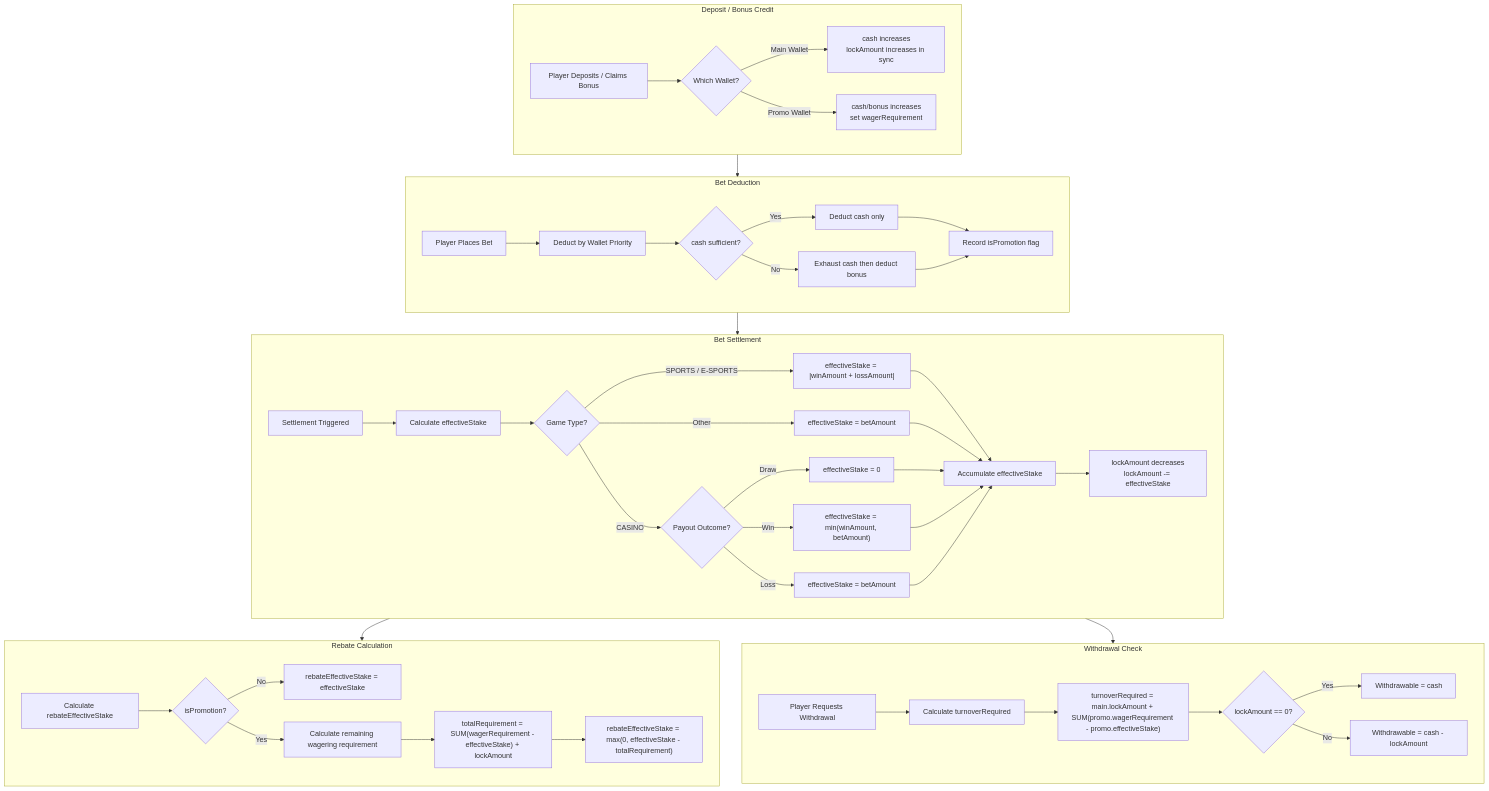
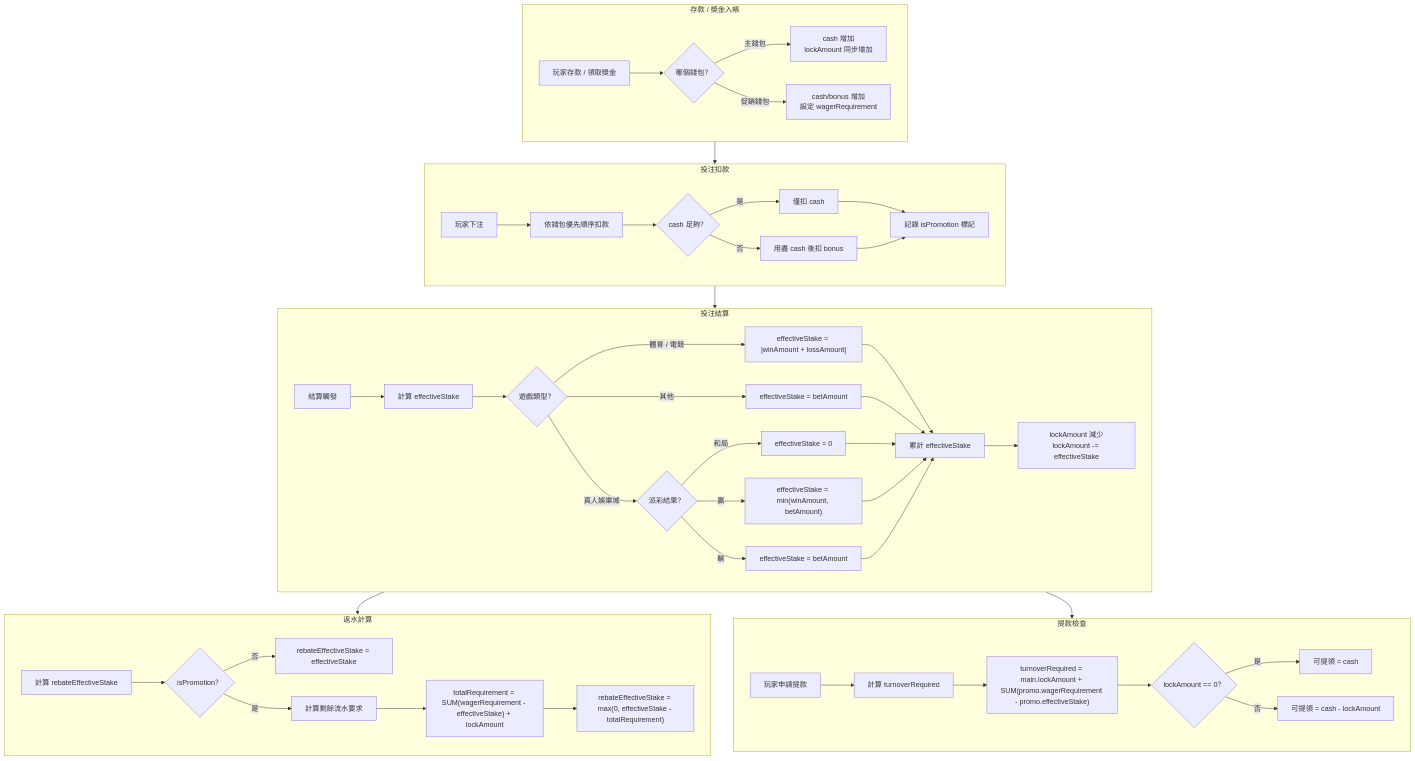
One commit to ron03wlb/smart-admin changed the first of 6 diagrams in docs/iGaming/architecture/02_Finance_Service/Turnover_Calculation_Logic_Detail.md. Above: the diagram before and after it, drawn with Mermaid. The commit also changed other lines of this file and 4 other files, not shown here.

````diff
--- a/docs/iGaming/architecture/02_Finance_Service/Turnover_Calculation_Logic_Detail.md
+++ b/docs/iGaming/architecture/02_Finance_Service/Turnover_Calculation_Logic_Detail.md
@@ -26,53 +26,53 @@
 ```mermaid
 flowchart TD
-    subgraph DEPOSIT["Deposit / Bonus Credit"]
-        A1[Player Deposits / Claims Bonus] --> A2{Which Wallet?}
-        A2 -->|Main Wallet| A3["cash increases<br/>lockAmount increases in sync"]
-        A2 -->|Promo Wallet| A4["cash/bonus increases<br/>set wagerRequirement"]
+    subgraph DEPOSIT["存款 / 獎金入帳"]
+        A1[玩家存款 / 領取獎金] --> A2{哪個錢包？}
+        A2 -->|主錢包| A3["cash 增加<br/>lockAmount 同步增加"]
+        A2 -->|促銷錢包| A4["cash/bonus 增加<br/>設定 wagerRequirement"]
     end
 
-    subgraph BET["Bet Deduction"]
-        B1[Player Places Bet] --> B2[Deduct by Wallet Priority]
-        B2 --> B3{cash sufficient?}
-        B3 -->|Yes| B4[Deduct cash only]
-        B3 -->|No| B5[Exhaust cash then deduct bonus]
-        B4 --> B6[Record isPromotion flag]
+    subgraph BET["投注扣款"]
+        B1[玩家下注] --> B2[依錢包優先順序扣款]
+        B2 --> B3{cash 足夠？}
+        B3 -->|是| B4[僅扣 cash]
+        B3 -->|否| B5[用盡 cash 後扣 bonus]
+        B4 --> B6[記錄 isPromotion 標記]
         B5 --> B6
     end
 
-    subgraph SETTLE["Bet Settlement"]
-        C1[Settlement Triggered] --> C2[Calculate effectiveStake]
-        C2 --> C3{Game Type?}
-        C3 -->|SPORTS / E-SPORTS| C4["effectiveStake = |winAmount + lossAmount|"]
-        C3 -->|CASINO| C5{Payout Outcome?}
-        C3 -->|Other| C6["effectiveStake = betAmount"]
-        C5 -->|Draw| C7["effectiveStake = 0"]
-        C5 -->|Win| C8["effectiveStake = min(winAmount, betAmount)"]
-        C5 -->|Loss| C9["effectiveStake = betAmount"]
-        C4 --> C10[Accumulate effectiveStake]
+    subgraph SETTLE["投注結算"]
+        C1[結算觸發] --> C2[計算 effectiveStake]
+        C2 --> C3{遊戲類型？}
+        C3 -->|體育 / 電競| C4["effectiveStake = |winAmount + lossAmount|"]
+        C3 -->|真人娛樂城| C5{派彩結果？}
+        C3 -->|其他| C6["effectiveStake = betAmount"]
+        C5 -->|和局| C7["effectiveStake = 0"]
+        C5 -->|贏| C8["effectiveStake = min(winAmount, betAmount)"]
+        C5 -->|輸| C9["effectiveStake = betAmount"]
+        C4 --> C10[累計 effectiveStake]
         C6 --> C10
         C7 --> C10
         C8 --> C10
         C9 --> C10
-        C10 --> C11["lockAmount decreases<br/>lockAmount -= effectiveStake"]
+        C10 --> C11["lockAmount 減少<br/>lockAmount -= effectiveStake"]
     end
 
-    subgraph REBATE["Rebate Calculation"]
-        D1[Calculate rebateEffectiveStake] --> D2{isPromotion?}
-        D2 -->|No| D3["rebateEffectiveStake = effectiveStake"]
-        D2 -->|Yes| D4[Calculate remaining wagering requirement]
+    subgraph REBATE["返水計算"]
+        D1[計算 rebateEffectiveStake] --> D2{isPromotion？}
+        D2 -->|否| D3["rebateEffectiveStake = effectiveStake"]
+        D2 -->|是| D4[計算剩餘流水要求]
         D4 --> D5["totalRequirement = SUM(wagerRequirement - effectiveStake) + lockAmount"]
         D5 --> D6["rebateEffectiveStake = max(0, effectiveStake - totalRequirement)"]
     end
 
-    subgraph WITHDRAW["Withdrawal Check"]
-        E1[Player Requests Withdrawal] --> E2[Calculate turnoverRequired]
+    subgraph WITHDRAW["提款檢查"]
+        E1[玩家申請提款] --> E2[計算 turnoverRequired]
         E2 --> E3["turnoverRequired = main.lockAmount + SUM(promo.wagerRequirement - promo.effectiveStake)"]
-        E3 --> E4{lockAmount == 0?}
-        E4 -->|Yes| E5[Withdrawable = cash]
-        E4 -->|No| E6[Withdrawable = cash - lockAmount]
+        E3 --> E4{lockAmount == 0？}
+        E4 -->|是| E5[可提領 = cash]
+        E4 -->|否| E6[可提領 = cash - lockAmount]
     end
 
     DEPOSIT --> BET --> SETTLE --> REBATE
     SETTLE --> WITHDRAW
 ```
````
